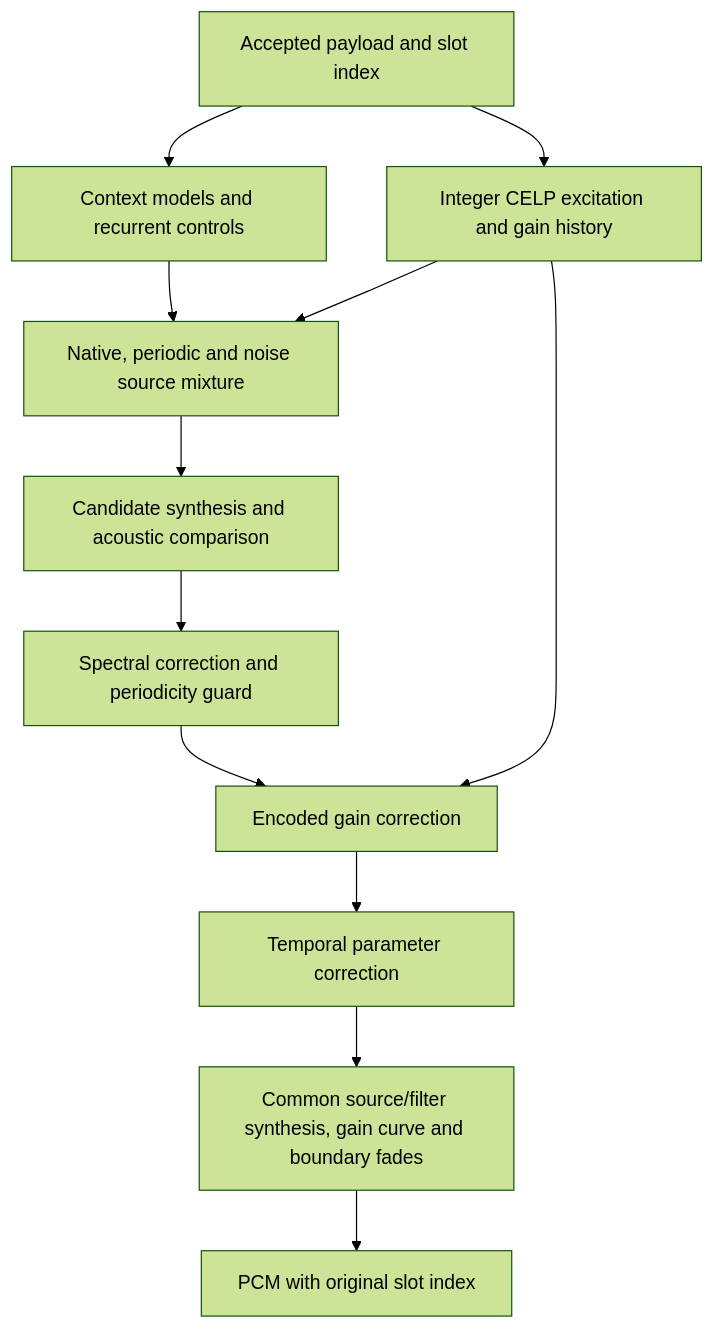
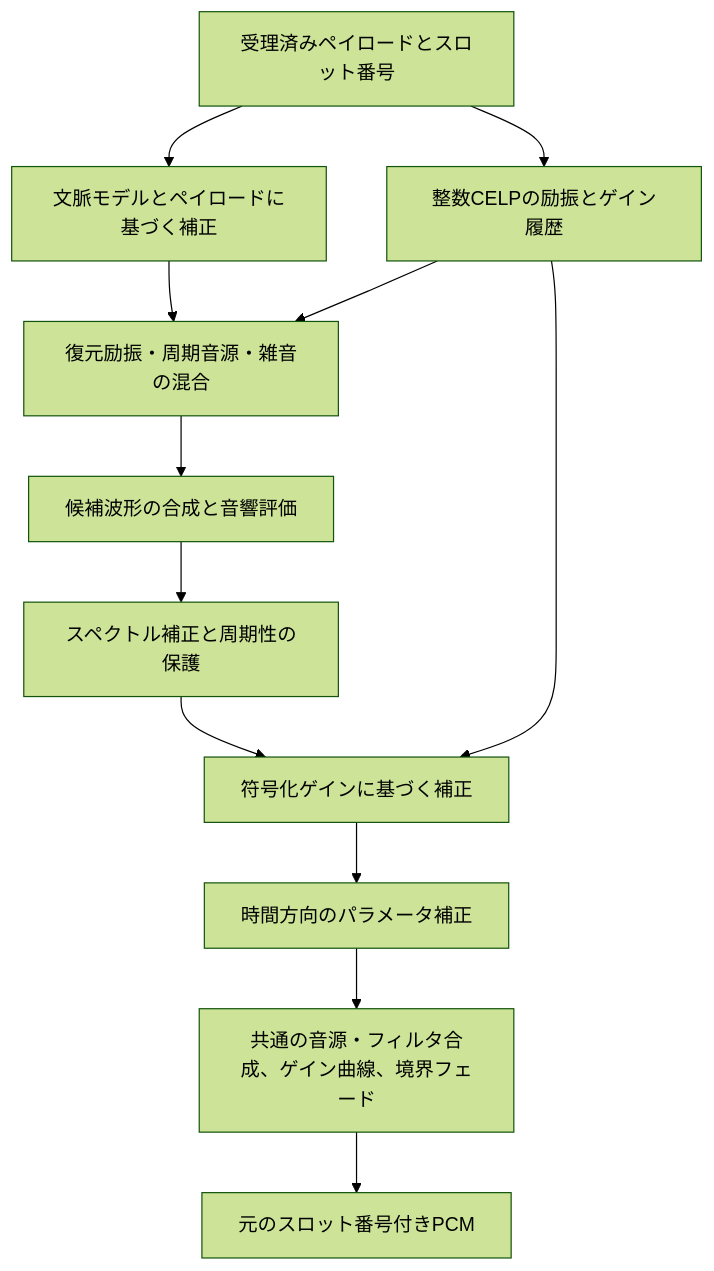
One commit to bi119aTe5hXk/jr-conventional-line-radio-receiver changed the diagram in crates/jr-voice/README.ja.md. Above: the diagram before and after it, drawn with Mermaid (forest theme). The commit also changed other lines of this file and 1 other file, not shown here.

````diff
--- a/crates/jr-voice/README.ja.md
+++ b/crates/jr-voice/README.ja.md
@@ -37,14 +37,14 @@
 ```mermaid
 flowchart TD
-    A["Accepted payload and slot index"] --> B["Context models and recurrent controls"]
-    A --> C["Integer CELP excitation and gain history"]
-    B --> D["Native, periodic and noise source mixture"]
+    A["受理済みペイロードとスロット番号"] --> B["文脈モデルとペイロードに基づく補正"]
+    A --> C["整数CELPの励振とゲイン履歴"]
+    B --> D["復元励振・周期音源・雑音の混合"]
     C --> D
-    D --> E["Candidate synthesis and acoustic comparison"]
-    E --> F["Spectral correction and periodicity guard"]
-    C --> G["Encoded gain correction"]
+    D --> E["候補波形の合成と音響評価"]
+    E --> F["スペクトル補正と周期性の保護"]
+    C --> G["符号化ゲインに基づく補正"]
     F --> G
-    G --> H["Temporal parameter correction"]
-    H --> I["Common source/filter synthesis, gain curve and boundary fades"]
-    I --> J["PCM with original slot index"]
+    G --> H["時間方向のパラメータ補正"]
+    H --> I["共通の音源・フィルタ合成、ゲイン曲線、境界フェード"]
+    I --> J["元のスロット番号付きPCM"]
 ```
````
